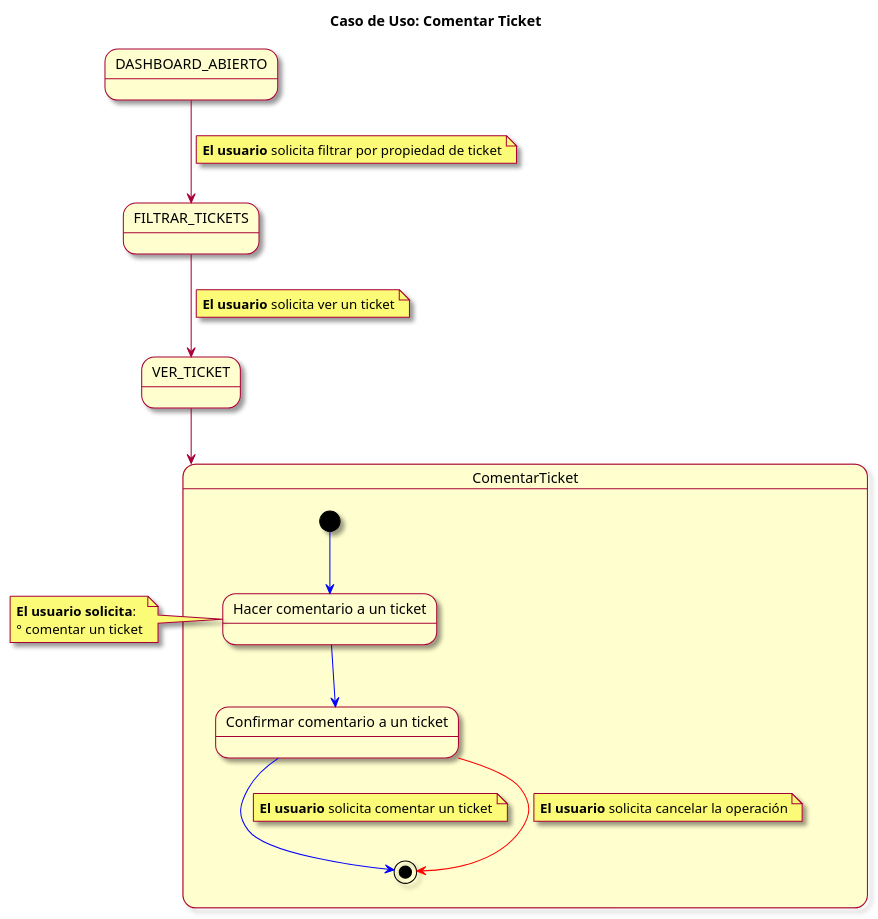
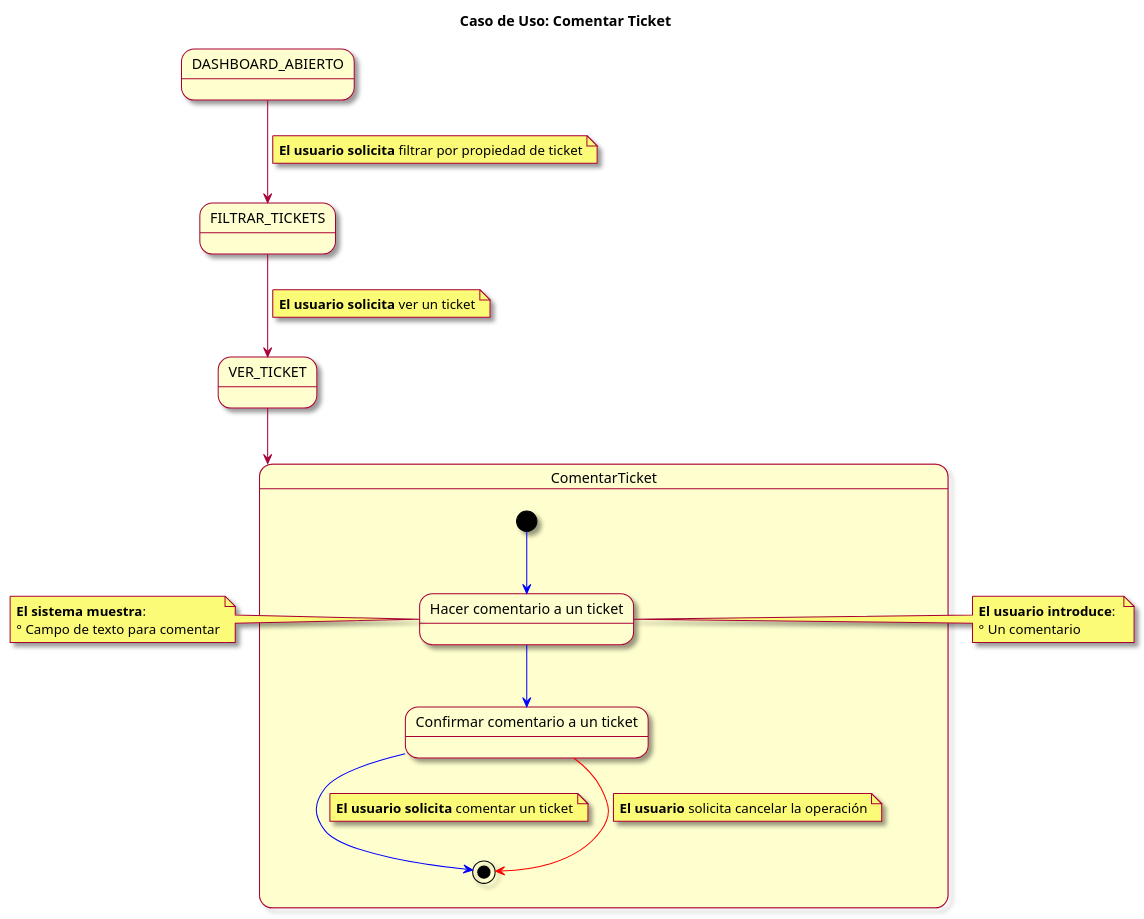
One commit to mmasias/23-24-IdSw1-SDR changed the diagram in modelosUML/CasosDeUsos/CasosDetallados/ComentarTicket.puml. Above: the diagram before and after it, drawn with PlantUML. The commit also changed 8 other files, not shown here.

```diff
--- a/modelosUML/CasosDeUsos/CasosDetallados/ComentarTicket.puml
+++ b/modelosUML/CasosDeUsos/CasosDetallados/ComentarTicket.puml
@@ -1,35 +1,39 @@
 @startuml
 skin rose
 title Caso de Uso: Comentar Ticket
 
 state DASHBOARD_ABIERTO
 state VER_TICKET
 state FILTRAR_TICKETS
 
 DASHBOARD_ABIERTO --> FILTRAR_TICKETS
-note on link: **El usuario** solicita filtrar por propiedad de ticket
+note on link: **El usuario solicita** filtrar por propiedad de ticket
 FILTRAR_TICKETS --> VER_TICKET
-note on link: **El usuario** solicita ver un ticket
+note on link: **El usuario solicita** ver un ticket
 VER_TICKET --> ComentarTicket
 
 state ComentarTicket {
 
   [*] -[#blue]-> comentarTicket
   state "Hacer comentario a un ticket" as comentarTicket
   comentarTicket -[#blue]-> confirmarComentario
   state "Confirmar comentario a un ticket" as confirmarComentario
   confirmarComentario -[#blue]-> [*]
-  note on link: **El usuario** solicita comentar un ticket
+  note on link: **El usuario solicita** comentar un ticket
     
   confirmarComentario -[#red]-> [*]
   note on link: **El usuario** solicita cancelar la operación
     
 }
 
+note left of comentarTicket
+  **El sistema muestra**: 
+  ° Campo de texto para comentar
+end note
 
 note left of comentarTicket
-  **El usuario solicita**: 
-  ° comentar un ticket
+  **El usuario introduce**: 
+  ° Un comentario
 end note
 
 @enduml
```
